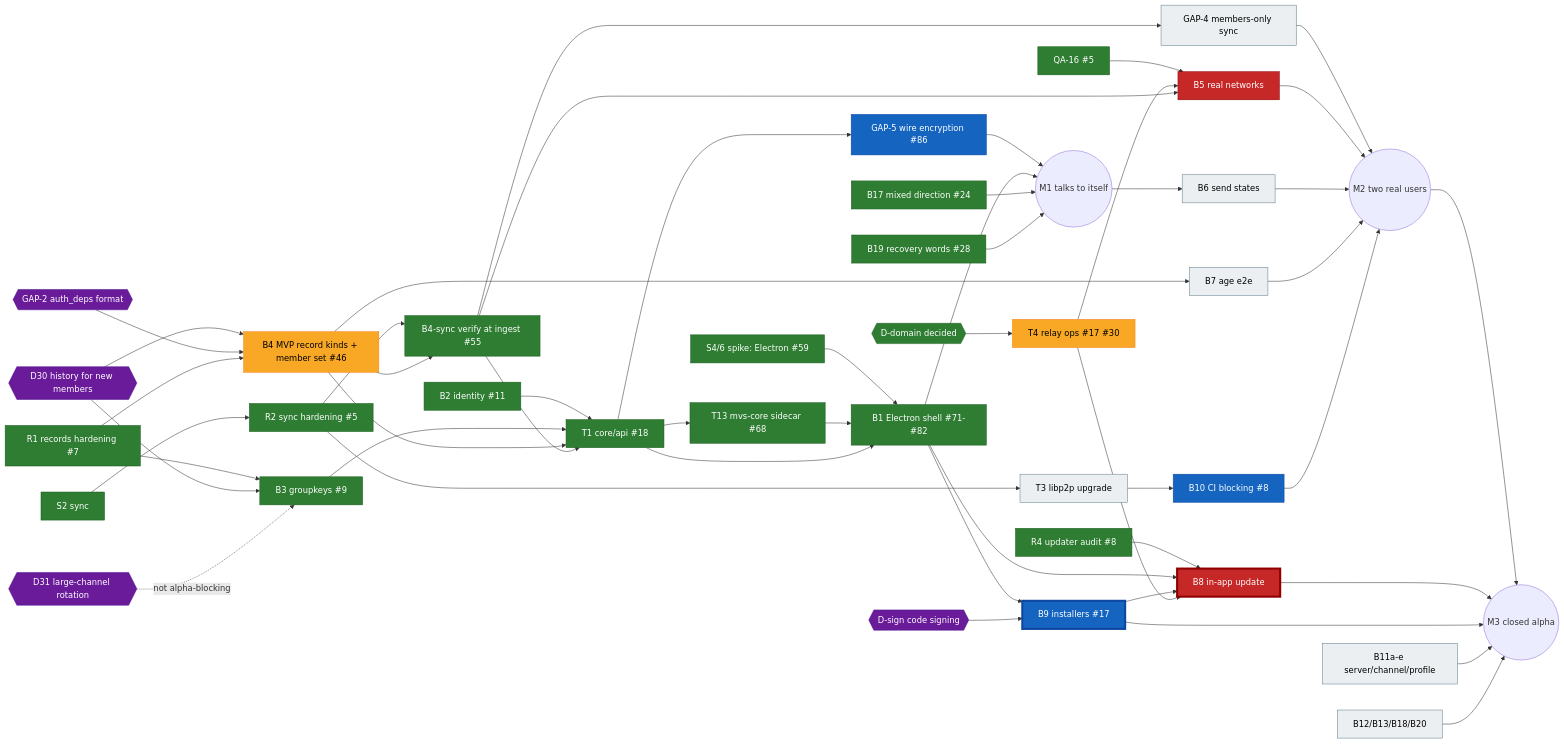
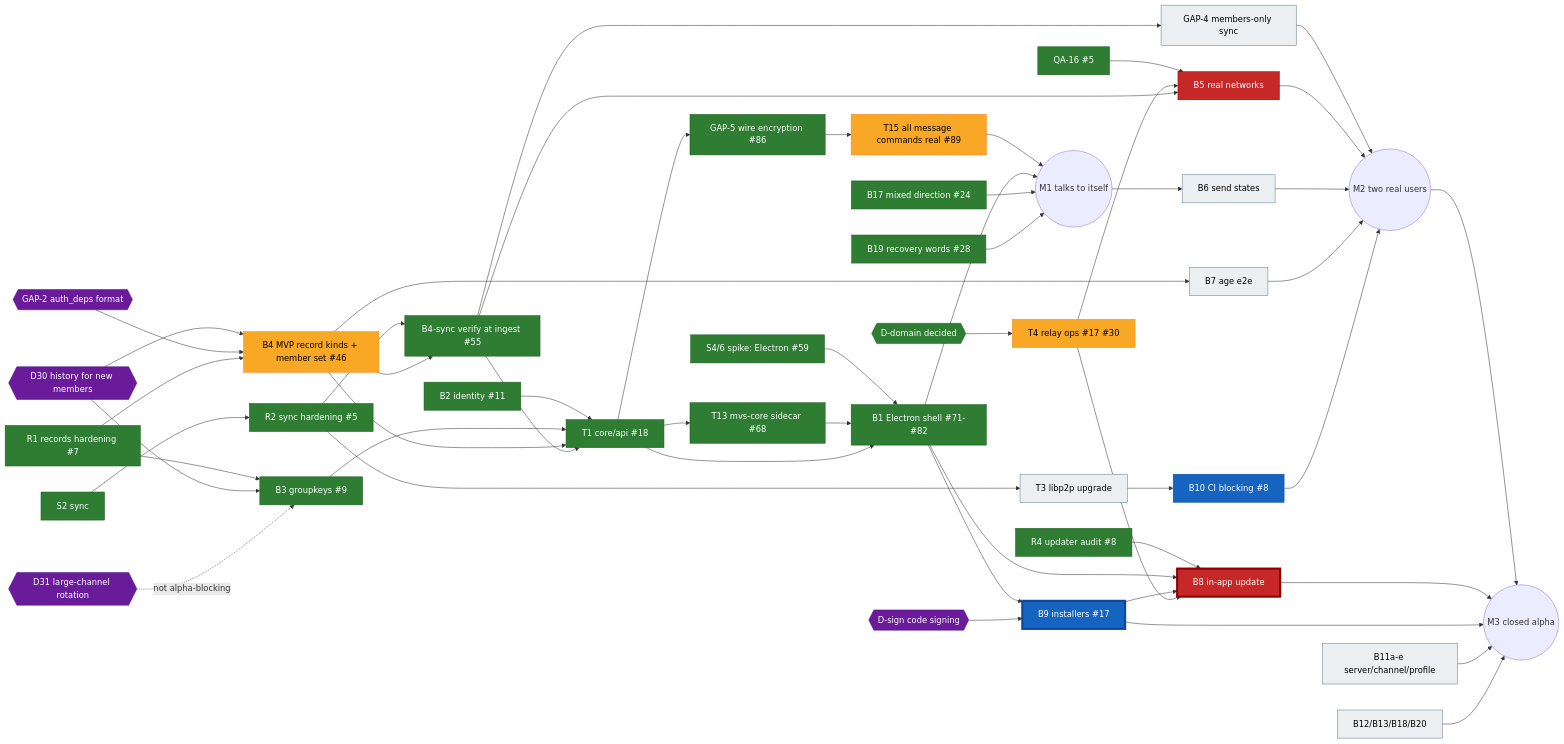
One commit to moranmoa/MVP changed the diagram in docs/BOARD.md. Above: the diagram before and after it, drawn with Mermaid. The commit also changed other lines of this file, not shown here.

Commit message:
docs(board): refresh 7 — #86/#87/#89/#93 merged, T15 M1 criterion (6 message commands), T16 re-key on kick, new assignments

````diff
--- a/docs/BOARD.md
+++ b/docs/BOARD.md
@@ -161,61 +162,61 @@
 ```mermaid
 graph LR
   classDef done fill:#2e7d32,color:#fff,stroke:#1b5e20
   classDef review fill:#1565c0,color:#fff,stroke:#0d47a1
   classDef prog fill:#f9a825,color:#000,stroke:#f57f17
   classDef blocked fill:#c62828,color:#fff,stroke:#8e0000
   classDef todo fill:#eceff1,color:#000,stroke:#607d8b
   classDef decision fill:#6a1b9a,color:#fff,stroke:#4a148c
   classDef crit stroke-width:4px
 
   R1[R1 records hardening #7]:::done
   S2[S2 sync]:::done --> R2[R2 sync hardening #5]:::done
   B2[B2 identity #11]:::done
   R1 --> B3[B3 groupkeys #9]:::done
   D30{{D30 history for new members}}:::decision --> B3
   D30 --> B4
   D31{{D31 large-channel rotation}}:::decision -. not alpha-blocking .-> B3
   GAP2{{GAP-2 auth_deps format}}:::decision --> B4
   R1 --> B4[B4 MVP record kinds + member set #46]:::prog
   R2 --> B4S[B4-sync verify at ingest #55]:::done
   B4 --> B4S
   B2 --> T1[T1 core/api #18]:::done
   B3 --> T1
   B4 --> T1
   B4S --> T1
-  T1 --> G5[GAP-5 wire encryption #86]:::review
+  T1 --> G5[GAP-5 wire encryption #86]:::done
   S46[S4/6 spike: Electron #59]:::done --> B1[B1 Electron shell #71-#82]:::done
   T1 --> T13[T13 mvs-core sidecar #68]:::done --> B1
   T1 --> B1
-  G5 --> M1((M1 talks to itself))
+  G5 --> T15[T15 all message commands real #89]:::prog --> M1((M1 talks to itself))
   B1 --> M1
   B17[B17 mixed direction #24]:::done --> M1
   B19[B19 recovery words #28]:::done --> M1
 
   QA16[QA-16 #5]:::done --> B5
   DD{{D-domain decided}}:::done --> T4[T4 relay ops #17 #30]:::prog
   T4 --> B5[B5 real networks]:::blocked
   B4S --> G4[GAP-4 members-only sync]:::todo --> M2
   B4S --> B5
   M1 --> B6[B6 send states]:::todo
   B4 --> B7[B7 age e2e]:::todo
   B5 --> M2((M2 two real users))
   B6 --> M2
   B7 --> M2
   R2 --> T3[T3 libp2p upgrade]:::todo --> B10[B10 CI blocking #8]:::review
   B10 --> M2
 
   B1 --> B9[B9 installers #17]:::review
   DS{{D-sign code signing}}:::decision --> B9
   R4[R4 updater audit #8]:::done --> B8[B8 in-app update]:::blocked
   B1 --> B8
   B9 --> B8
   T4 --> B8
   M2 --> M3((M3 closed alpha))
   B8 --> M3
   B9 --> M3
   B11[B11a-e server/channel/profile]:::todo --> M3
   B12[B12/B13/B18/B20]:::todo --> M3
 
   class B9,B8 crit
 ```
````
